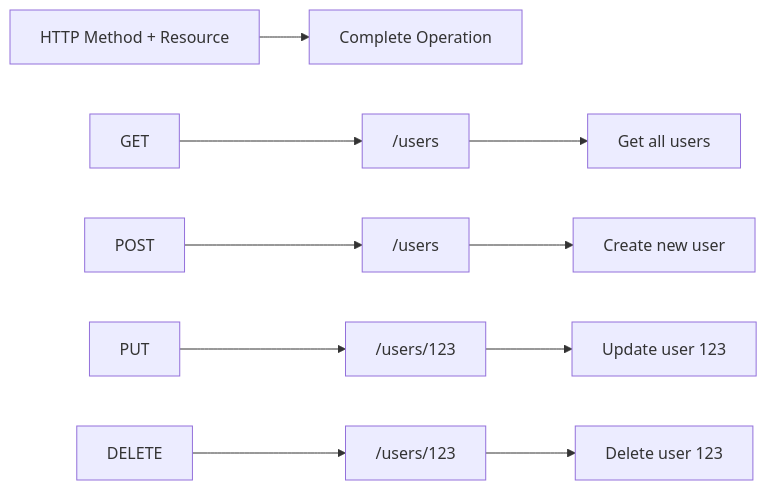
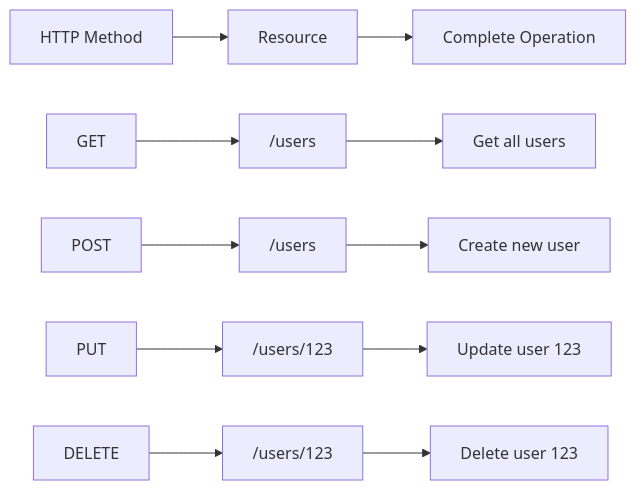
One commit to ridwanspace/restful-fastapi-guideline changed diagram 14 of 16 in app/docs/02_foundation/01-introduction/page.mdx. Above: the diagram before and after it, drawn with Mermaid.

Commit message:
📝 docs(introduction): improve RESTful API example clarity
- update diagram to better illustrate http method and resources
- refine example descriptions for better understanding

````diff
--- a/app/docs/02_foundation/01-introduction/page.mdx
+++ b/app/docs/02_foundation/01-introduction/page.mdx
@@ -459,9 +459,9 @@
 ```mermaid
 graph LR
-    A["HTTP Method + Resource"] --> B["Complete Operation"]
+    A["HTTP Method"] --> B["Resource"] --> C["Complete Operation"]
     
-    C[GET] --> D["/users"] --> E["Get all users"]
-    F[POST] --> G["/users"] --> H["Create new user"]
-    I[PUT] --> J["/users/123"] --> K["Update user 123"]
-    L[DELETE] --> M["/users/123"] --> N["Delete user 123"]
+    D[GET] --> E["/users"] --> F["Get all users"]
+    G[POST] --> H["/users"] --> I["Create new user"]
+    J[PUT] --> K["/users/123"] --> L["Update user 123"]
+    M[DELETE] --> N["/users/123"] --> O["Delete user 123"]
 ```
````
